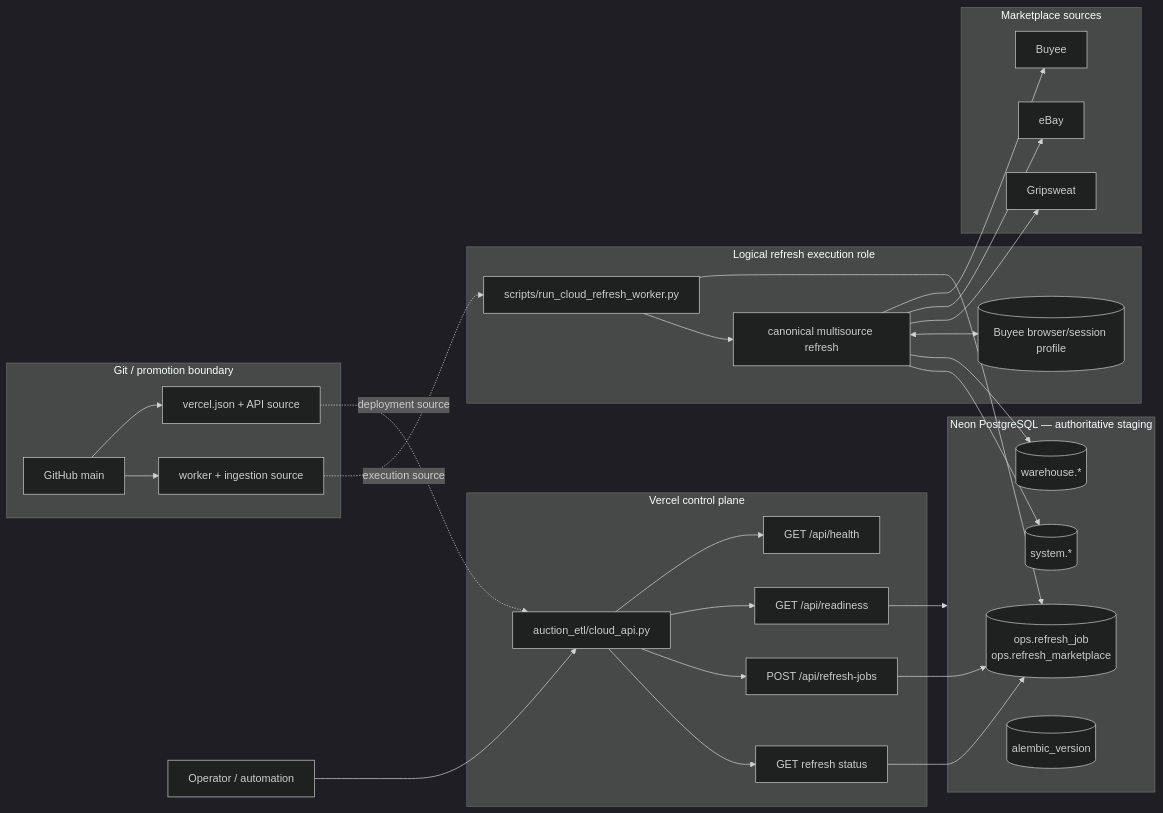
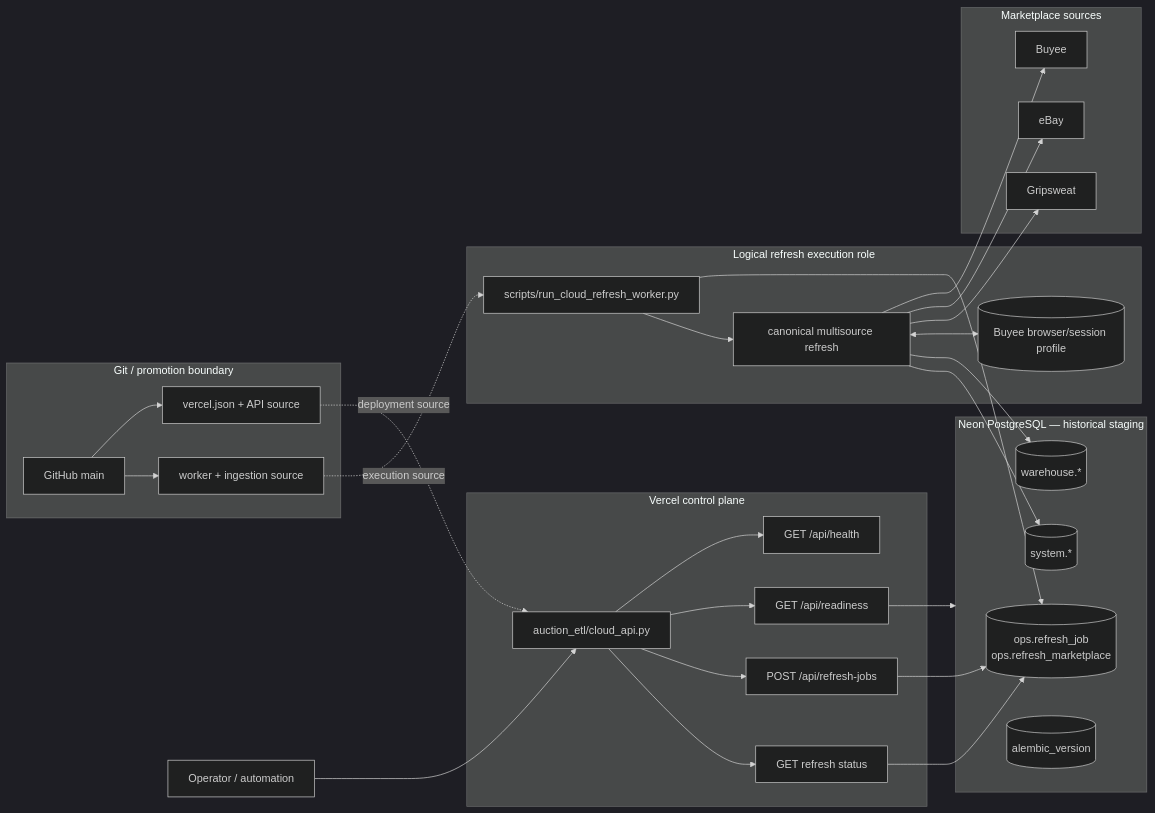
The second of 5 diagrams in docs/ARCHITECTURE.md (TomWang22/auction-etl), drawn with Mermaid (dark theme) before and after one commit. The commit also changed other lines of this file and 127 other files, not shown here.

````diff
--- a/docs/ARCHITECTURE.md
+++ b/docs/ARCHITECTURE.md
@@ -34,62 +89,62 @@
 ```mermaid
 flowchart LR
     Operator["Operator / automation"]
 
     subgraph Source["Git / promotion boundary"]
         Main["GitHub main"]
         VercelConfig["vercel.json + API source"]
         WorkerSource["worker + ingestion source"]
     end
 
     subgraph Control["Vercel control plane"]
         API["auction_etl/cloud_api.py"]
         Health["GET /api/health"]
         Readiness["GET /api/readiness"]
         Create["POST /api/refresh-jobs"]
         Status["GET refresh status"]
     end
 
-    subgraph Data["Neon PostgreSQL — authoritative staging"]
+    subgraph Data["Neon PostgreSQL — historical staging"]
         Ops[("ops.refresh_job<br/>ops.refresh_marketplace")]
         Warehouse[("warehouse.*")]
         System[("system.*")]
         Schema[("alembic_version")]
     end
 
     subgraph Execution["Logical refresh execution role"]
         Worker["scripts/run_cloud_refresh_worker.py"]
         Round["canonical multisource refresh"]
         Profile[("Buyee browser/session profile")]
     end
 
     subgraph Sources["Marketplace sources"]
         Buyee["Buyee"]
         Ebay["eBay"]
         Gripsweat["Gripsweat"]
     end
 
     Main --> VercelConfig
     Main --> WorkerSource
 
     VercelConfig -. deployment source .-> API
     WorkerSource -. execution source .-> Worker
 
     Operator --> API
     API --> Health
     API --> Readiness
     API --> Create
     API --> Status
 
     Readiness --> Data
     Create --> Ops
     Status --> Ops
 
     Worker --> Ops
     Worker --> Round
     Round --> Buyee
     Round --> Ebay
     Round --> Gripsweat
     Round <--> Profile
     Round --> Warehouse
     Round --> System
 ```
````
